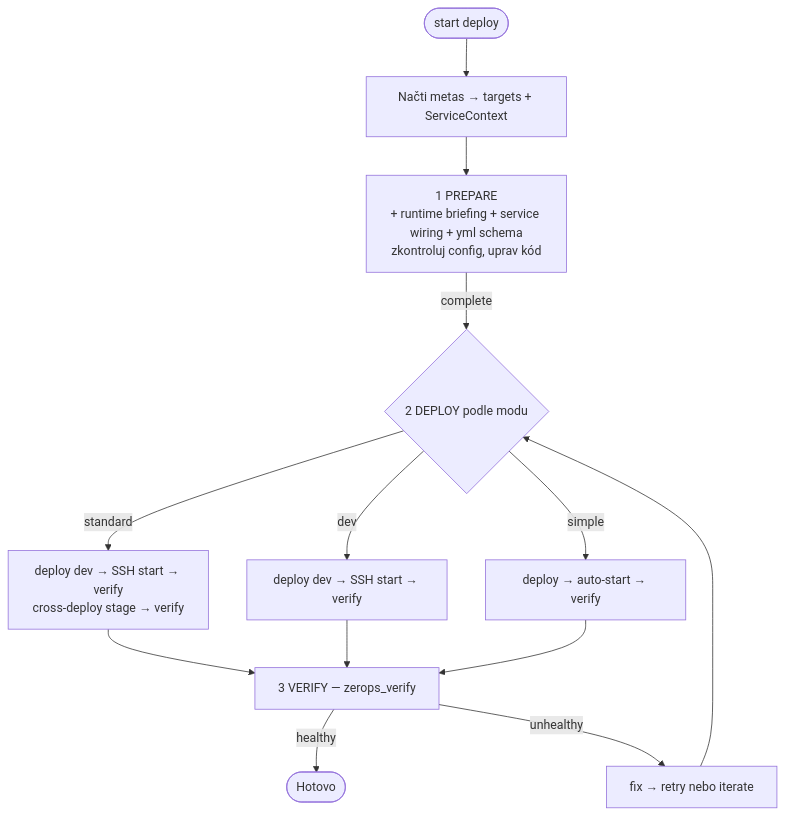
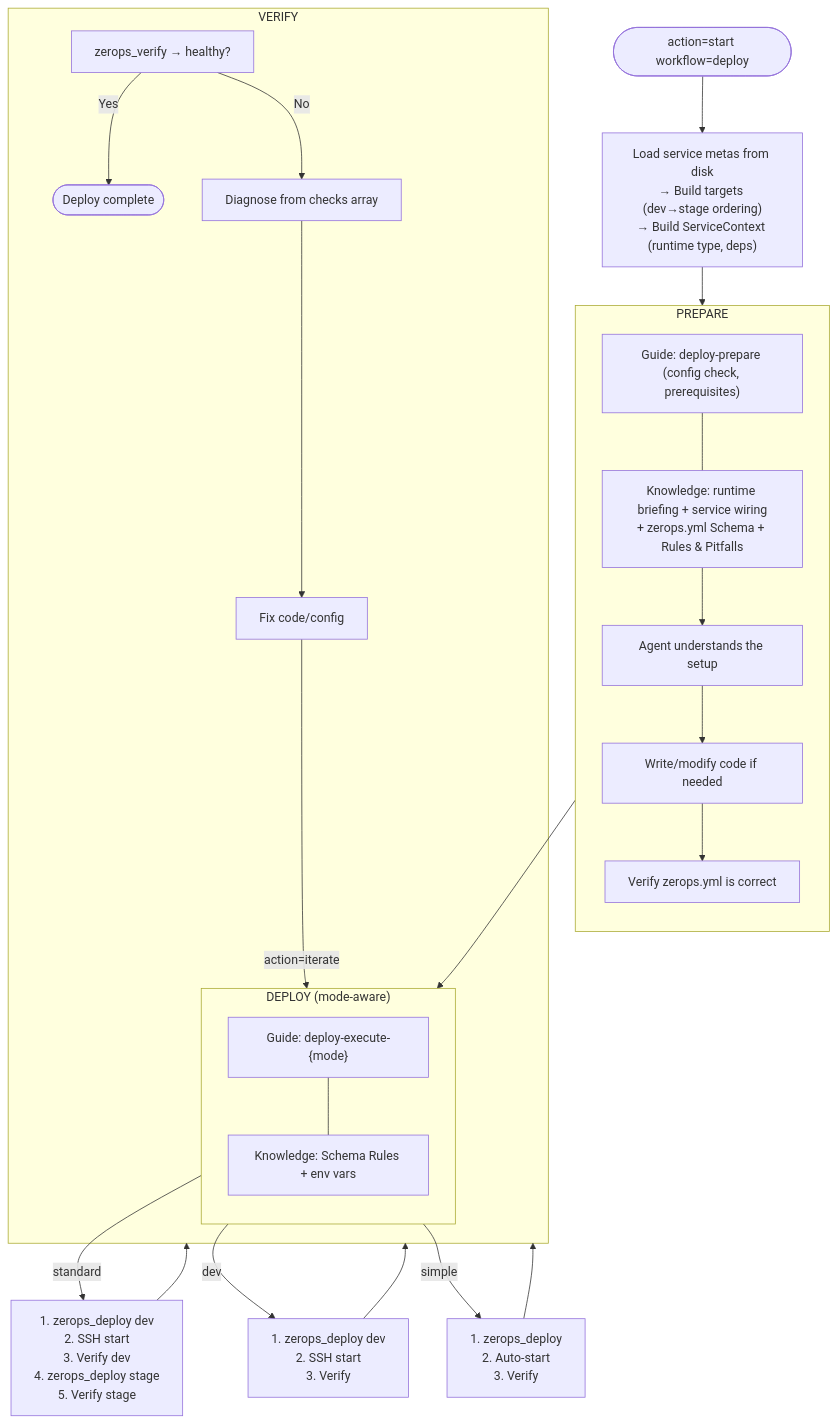
Before and after one commit to zeropsio/zcp: the fourth of 6 diagrams in plans/workflow-system-architecture.md, drawn with Mermaid. The commit also changed other lines of this file, not shown here.

Commit message:
plans: restore release version, fix mermaid br tags

````diff
--- a/plans/workflow-system-architecture.md
+++ b/plans/workflow-system-architecture.md
@@ -83,20 +236,42 @@
 ```mermaid
 flowchart TD
-    START(["start deploy"]) --> LOAD["Načti metas → targets + ServiceContext"]
+    START([action=start workflow=deploy]) --> LOAD
 
-    LOAD --> PREP["1 PREPARE<br/>+ runtime briefing + service wiring + yml schema<br/>zkontroluj config, uprav kód"]
-    PREP -->|complete| DEP
+    LOAD["Load service metas from disk<br/>→ Build targets (dev→stage ordering)<br/>→ Build ServiceContext (runtime type, deps)"]
+    LOAD --> PREP
 
-    DEP{"2 DEPLOY podle modu"}
-    DEP -->|standard| STD["deploy dev → SSH start → verify<br/>cross-deploy stage → verify"]
-    DEP -->|dev| DONLY["deploy dev → SSH start → verify"]
-    DEP -->|simple| SIMP["deploy → auto-start → verify"]
+    subgraph PREP["PREPARE"]
+        direction TB
+        PR_GUIDE["Guide: deploy-prepare (config check, prerequisites)"]
+        PR_KNOW["Knowledge: runtime briefing + service wiring<br/>+ zerops.yml Schema + Rules & Pitfalls"]
+        PR_GUIDE --- PR_KNOW
+        PR_KNOW --> PR1["Agent understands the setup"]
+        PR1 --> PR2["Write/modify code if needed"]
+        PR2 --> PR3["Verify zerops.yml is correct"]
+    end
+
+    PR3 --> DEP
+
+    subgraph DEP["DEPLOY (mode-aware)"]
+        direction TB
+        DEP_GUIDE["Guide: deploy-execute-{mode}"]
+        DEP_KNOW["Knowledge: Schema Rules + env vars"]
+        DEP_GUIDE --- DEP_KNOW
+    end
+
+    DEP --> |standard| STD["1. zerops_deploy dev<br/>2. SSH start<br/>3. Verify dev<br/>4. zerops_deploy stage<br/>5. Verify stage"]
+    DEP --> |dev| DDEV["1. zerops_deploy dev<br/>2. SSH start<br/>3. Verify"]
+    DEP --> |simple| DSIM["1. zerops_deploy<br/>2. Auto-start<br/>3. Verify"]
+
     STD --> VER
-    DONLY --> VER
-    SIMP --> VER
+    DDEV --> VER
+    DSIM --> VER
 
-    VER["3 VERIFY — zerops_verify"]
-    VER -->|healthy| FIN(["Hotovo"])
-    VER -->|unhealthy| FIX["fix → retry nebo iterate"]
-    FIX --> DEP
+    subgraph VER["VERIFY"]
+        V1["zerops_verify → healthy?"]
+        V1 -- Yes --> DONE([Deploy complete])
+        V1 -- No --> DIAG["Diagnose from checks array"]
+        DIAG --> FIX["Fix code/config"]
+        FIX --> |"action=iterate"| DEP
+    end
 ```
````
